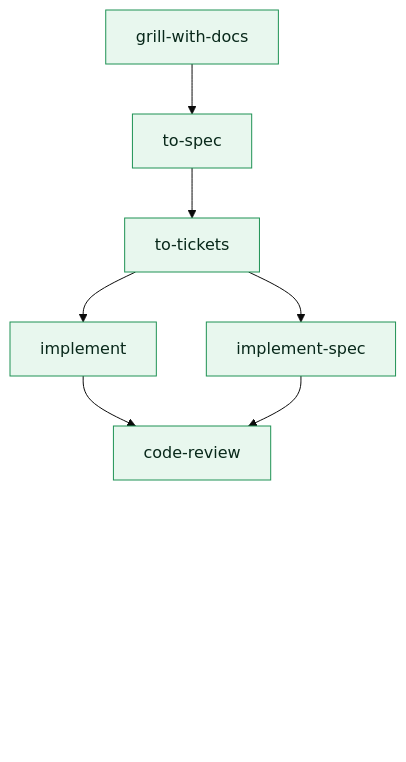
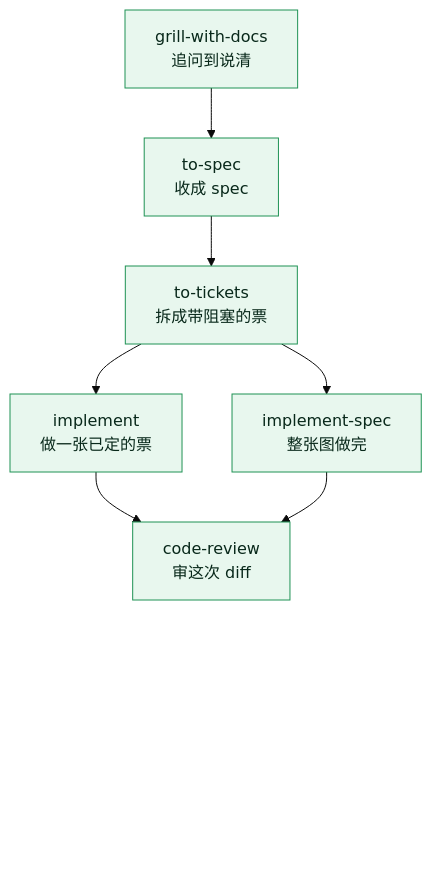
One commit to lindoo67/orchestra-auto changed the first of 2 diagrams in README.zh-CN.md. Above: the diagram before and after it, drawn with Mermaid (base theme). The commit also changed other lines of this file, not shown here.

Commit message:
Clarify Chinese README workflow diagram labels
- Add short Chinese explanations to each pipeline step so readers can follow the flow without prior context.
- Add English glosses to the second diagram so bilingual readers can map it to the original terminology.
- Keep the diagrams' structure unchanged to avoid breaking Mermaid rendering.

````diff
--- a/README.zh-CN.md
+++ b/README.zh-CN.md
@@ -34,14 +34,14 @@
 ```mermaid
 flowchart TB
-  G[grill-with-docs] --> S[to-spec] --> T[to-tickets]
-  T --> I[implement]
-  T --> IS[implement-spec]
-  I --> CR[code-review]
+  G["grill-with-docs<br/>追问到说清"] --> S["to-spec<br/>收成 spec"] --> T["to-tickets<br/>拆成带阻塞的票"]
+  T --> I["implement<br/>做一张已定的票"]
+  T --> IS["implement-spec<br/>整张图做完"]
+  I --> CR["code-review<br/>审这次 diff"]
   IS --> CR
   CR --> SP["<br/><br/><br/><br/><br/><br/><br/><br/>"]
   classDef matt fill:#e8f7ee,stroke:#1f9254,color:#08281a
   class G,S,T,I,IS,CR matt
   classDef gap fill:none,stroke:none,color:transparent
   class SP gap
   linkStyle 6 stroke:none,fill:none
 ```
````
